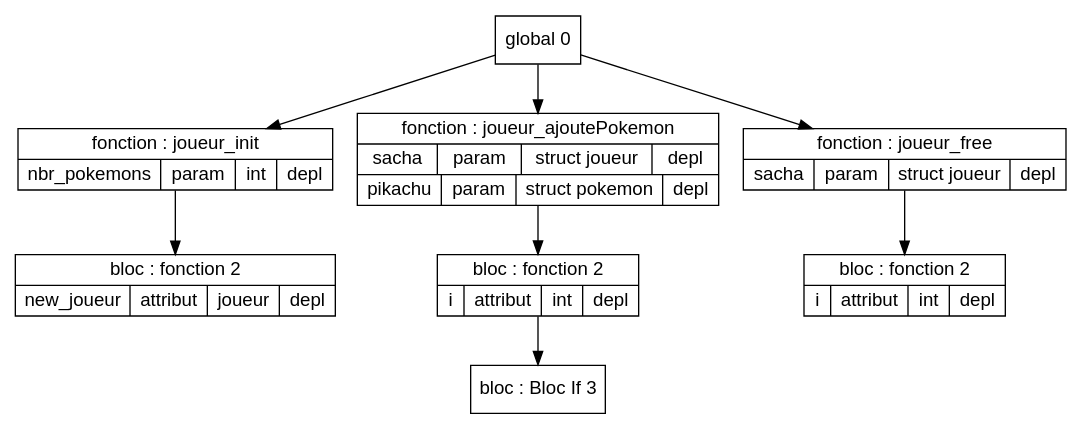
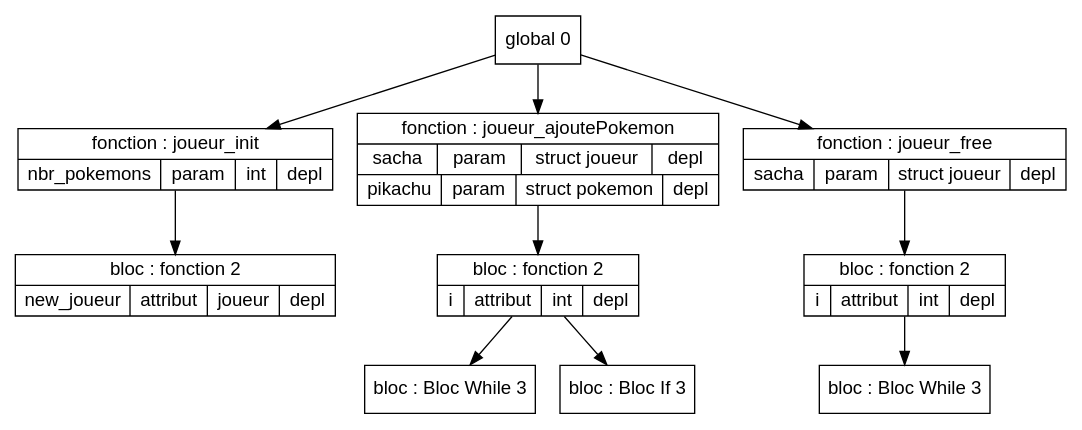
The diagram in Code/out/tds/dot/Test_Complet/test3.dot (Hamza-ABDOULHOUSSEN/compil), drawn with Graphviz before and after one commit. The commit also changed 36 other files, not shown here.

```diff
--- a/Code/out/tds/dot/Test_Complet/test3.dot
+++ b/Code/out/tds/dot/Test_Complet/test3.dot
@@ -1,44 +1,52 @@
 digraph "tds"{
 
 	node [fontname="Arial"];
 
 	N2 [shape=record label="{ bloc : fonction  2
 	| { new_joueur | attribut | joueur | depl }
 	}"];
 
 	N1 [shape=record label="{ fonction : joueur_init
 	| { nbr_pokemons | param | int | depl }
 	}"];
 
-	N5 [shape=record label="{ bloc : Bloc If  3
+	N5 [shape=record label="{ bloc : Bloc While  3
+	}"];
+
+	N6 [shape=record label="{ bloc : Bloc If  3
 	}"];
 
 	N4 [shape=record label="{ bloc : fonction  2
 	| { i | attribut | int | depl }
 	}"];
 
 	N3 [shape=record label="{ fonction : joueur_ajoutePokemon
 	| { sacha | param | struct joueur | depl }
 	| { pikachu | param | struct pokemon | depl }
 	}"];
 
-	N7 [shape=record label="{ bloc : fonction  2
+	N9 [shape=record label="{ bloc : Bloc While  3
+	}"];
+
+	N8 [shape=record label="{ bloc : fonction  2
 	| { i | attribut | int | depl }
 	}"];
 
-	N6 [shape=record label="{ fonction : joueur_free
+	N7 [shape=record label="{ fonction : joueur_free
 	| { sacha | param | struct joueur | depl }
 	}"];
 
 	N0 [shape=record label="{ global 0
 	}"];
 
 
 	N0 -> N1; 
 	N1 -> N2; 
 	N0 -> N3; 
 	N3 -> N4; 
 	N4 -> N5; 
-	N0 -> N6; 
-	N6 -> N7; 
+	N4 -> N6; 
+	N0 -> N7; 
+	N7 -> N8; 
+	N8 -> N9; 
 }
```
